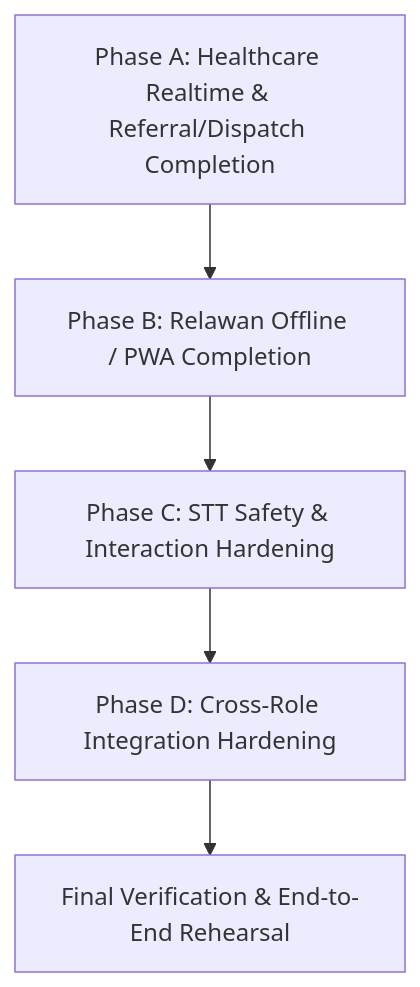
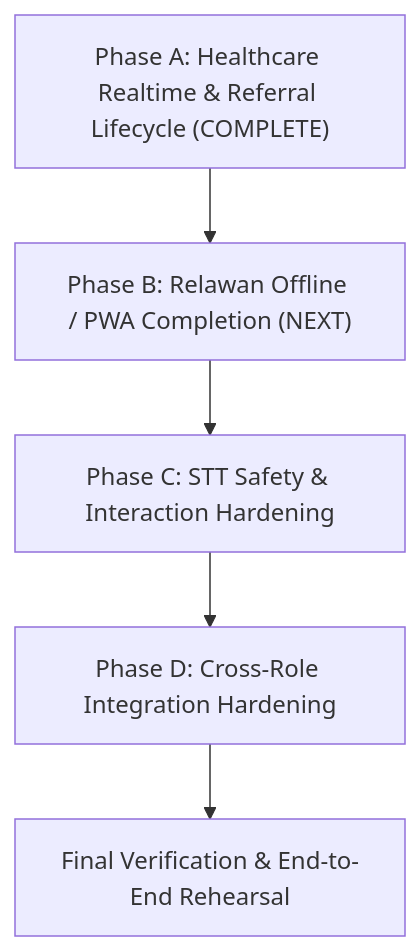
The diagram in docs/RAPID_MIND_TECHNICAL_PLAN.md (afrizaldwi/rapid-mind), drawn with Mermaid before and after one commit. The commit also changed other lines of this file, not shown here.

Commit message:
docs(plan): record phase A completion and verification

````diff
--- a/docs/RAPID_MIND_TECHNICAL_PLAN.md
+++ b/docs/RAPID_MIND_TECHNICAL_PLAN.md
@@ -90,10 +93,10 @@
 ```mermaid
 flowchart TD
-    PhaseA["Phase A: Healthcare Realtime & Referral/Dispatch Completion"]
-    PhaseB["Phase B: Relawan Offline / PWA Completion"]
+    PhaseA["Phase A: Healthcare Realtime & Referral Lifecycle (COMPLETE)"]
+    PhaseB["Phase B: Relawan Offline / PWA Completion (NEXT)"]
     PhaseC["Phase C: STT Safety & Interaction Hardening"]
     PhaseD["Phase D: Cross-Role Integration Hardening"]
     FinalVerif["Final Verification & End-to-End Rehearsal"]
 
     PhaseA --> PhaseB --> PhaseC --> PhaseD --> FinalVerif
 ```
````
